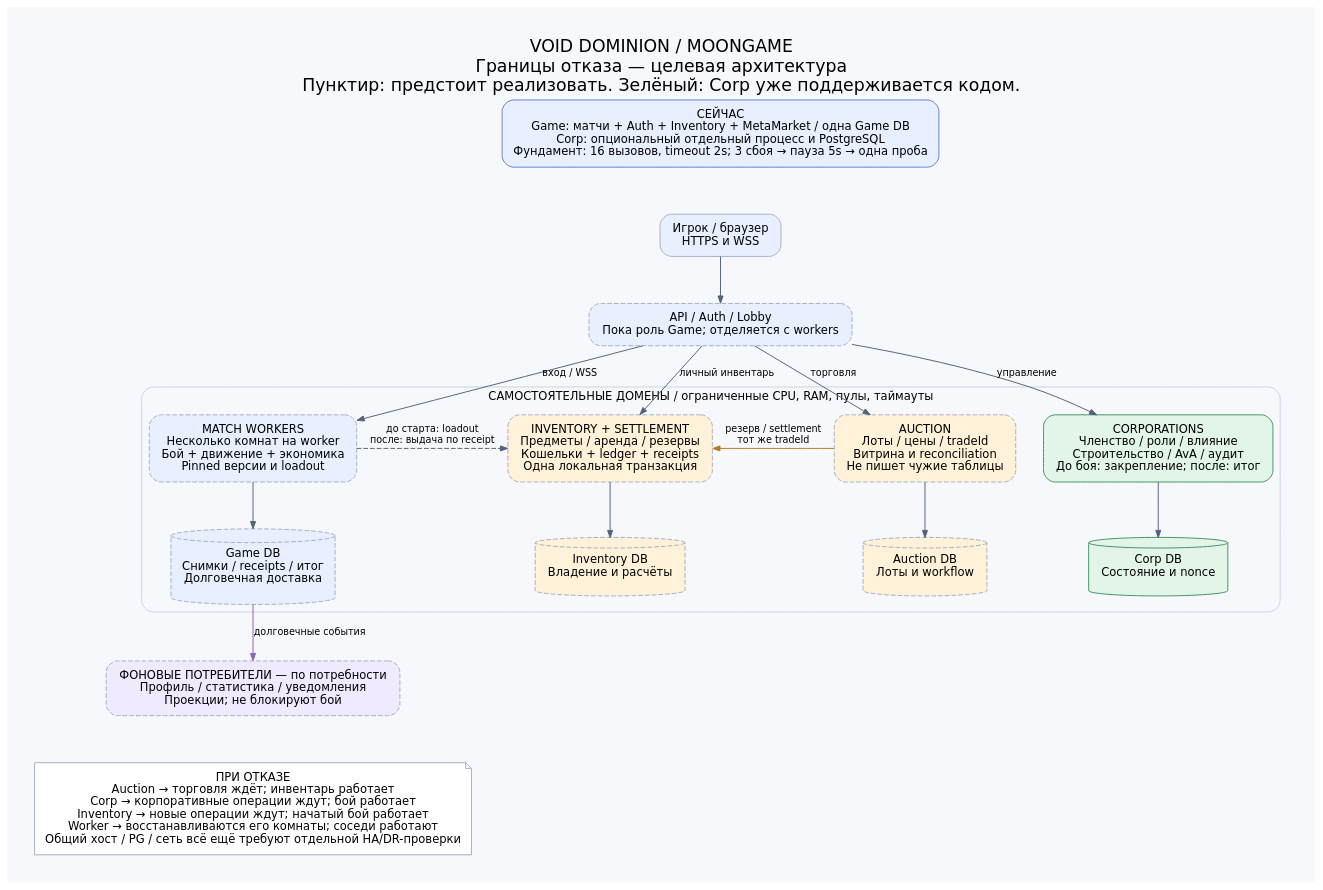
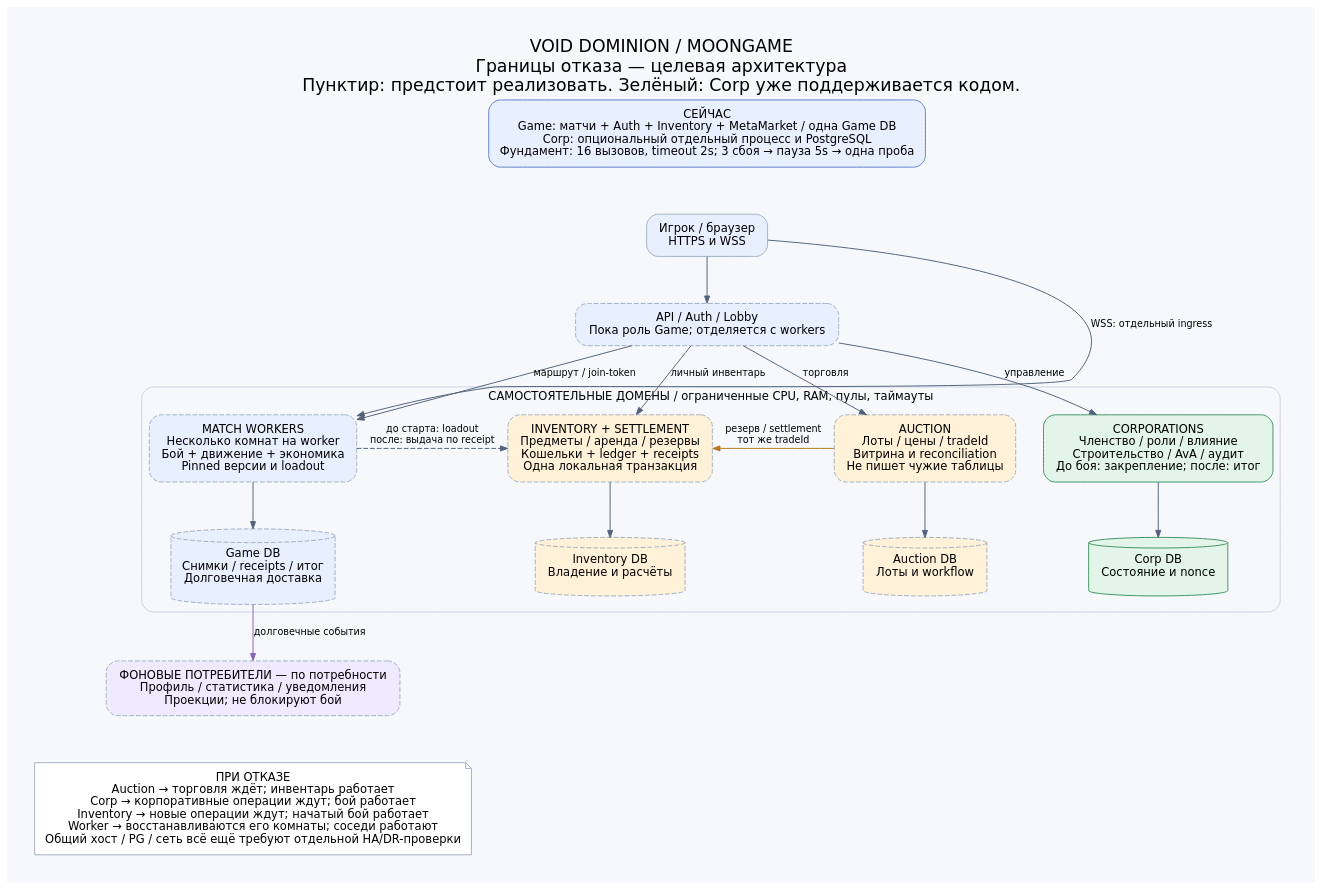
The diagram in docs/diagrams/service-boundaries.dot (MoonGameTechnology/MoonGame), drawn with Graphviz before and after one commit. The commit also changed 2 other files, not shown here.

Commit message:
docs: уточнить независимый WSS ingress для workers

```diff
--- a/docs/diagrams/service-boundaries.dot
+++ b/docs/diagrams/service-boundaries.dot
@@ -1,36 +1,37 @@
 digraph services {
   graph [rankdir=TB, bgcolor="#f6f8fc", fontname="DejaVu Sans", fontsize=18, pad=0.4, nodesep=0.4, ranksep=0.65, labelloc=t, label="VOID DOMINION / MOONGAME\nГраницы отказа — целевая архитектура\nПунктир: предстоит реализовать. Зелёный: Corp уже поддерживается кодом."];
   node [shape=box, style="rounded,filled", fontname="DejaVu Sans", fontsize=12, color="#a3afc3", fillcolor="white", margin="0.18,0.12"];
   edge [fontname="DejaVu Sans", fontsize=10, color="#52627a", arrowsize=0.75];
   now [label="СЕЙЧАС\nGame: матчи + Auth + Inventory + MetaMarket / одна Game DB\nCorp: опциональный отдельный процесс и PostgreSQL\nФундамент: 16 вызовов, timeout 2s; 3 сбоя → пауза 5s → одна проба", fillcolor="#e8efff", color="#607ec5"];
   browser [label="Игрок / браузер\nHTTPS и WSS", fillcolor="#e8efff"];
   api [label="API / Auth / Lobby\nПока роль Game; отделяется с workers", style="rounded,filled,dashed", fillcolor="#e8efff"];
   now -> browser [style=invis];
   browser -> api;
   subgraph cluster_domains {
     label="САМОСТОЯТЕЛЬНЫЕ ДОМЕНЫ / ограниченные CPU, RAM, пулы, таймауты";
     color="#c9d3e3"; style=rounded; fontsize=12;
     workers [label="MATCH WORKERS\nНесколько комнат на worker\nБой + движение + экономика\nPinned версии и loadout", style="rounded,filled,dashed", fillcolor="#e8efff"];
     inventory [label="INVENTORY + SETTLEMENT\nПредметы / аренда / резервы\nКошельки + ledger + receipts\nОдна локальная транзакция", style="rounded,filled,dashed", fillcolor="#fff2d9"];
     auction [label="AUCTION\nЛоты / цены / tradeId\nВитрина и reconciliation\nНе пишет чужие таблицы", style="rounded,filled,dashed", fillcolor="#fff2d9"];
     corp [label="CORPORATIONS\nЧленство / роли / влияние\nСтроительство / AvA / аудит\nДо боя: закрепление; после: итог", fillcolor="#e3f5e9", color="#3e9362"];
     {rank=same; workers; inventory; auction; corp;}
     gameDB [shape=cylinder, label="Game DB\nСнимки / receipts / итог\nДолговечная доставка", style="filled,dashed", fillcolor="#e8efff"];
     inventoryDB [shape=cylinder,label="Inventory DB\nВладение и расчёты",style="filled,dashed",fillcolor="#fff2d9"];
     auctionDB [shape=cylinder,label="Auction DB\nЛоты и workflow",style="filled,dashed",fillcolor="#fff2d9"];
     corpDB [shape=cylinder,label="Corp DB\nСостояние и nonce",fillcolor="#e3f5e9",color="#3e9362"];
     {rank=same; gameDB; inventoryDB; auctionDB; corpDB;}
     workers -> gameDB; inventory -> inventoryDB; auction -> auctionDB; corp -> corpDB;
   }
-  api -> workers [label="вход / WSS"];
+  api -> workers [label="маршрут / join-token"];
+  browser -> workers [label="WSS: отдельный ingress",constraint=false];
   api -> inventory [label="личный инвентарь"];
   api -> auction [label="торговля"];
   api -> corp [label="управление"];
   auction -> inventory [label="резерв / settlement\nтот же tradeId",constraint=false,color="#b7791f"];
   workers -> inventory [label="до старта: loadout\nпосле: выдача по receipt",style=dashed,constraint=false];
   
   background [label="ФОНОВЫЕ ПОТРЕБИТЕЛИ — по потребности\nПрофиль / статистика / уведомления\nПроекции; не блокируют бой",style="rounded,filled,dashed",fillcolor="#f0eaff"];
   gameDB -> background [label="долговечные события",color="#8862ba"];
   rule [shape=note,label="ПРИ ОТКАЗЕ\nAuction → торговля ждёт; инвентарь работает\nCorp → корпоративные операции ждут; бой работает\nInventory → новые операции ждут; начатый бой работает\nWorker → восстанавливаются его комнаты; соседи работают\nОбщий хост / PG / сеть всё ещё требуют отдельной HA/DR-проверки",fillcolor="white"];
   background -> rule [style=invis];
 }
```
